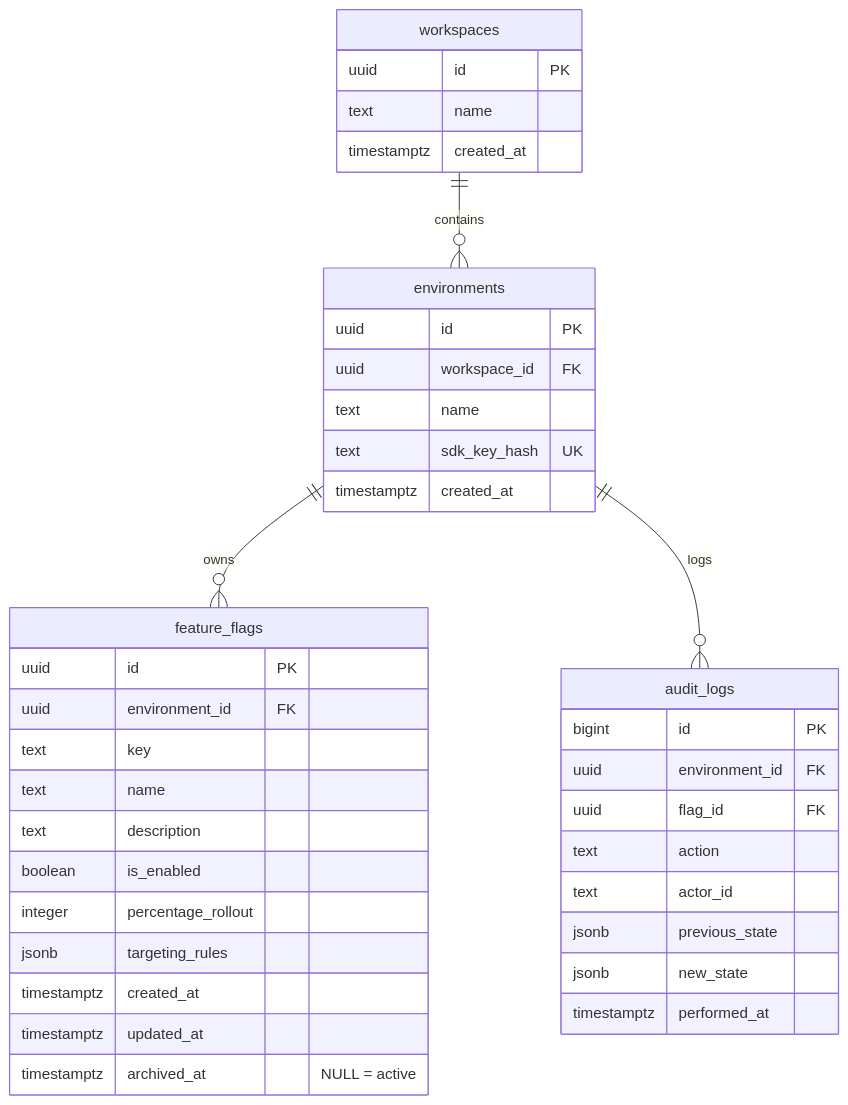
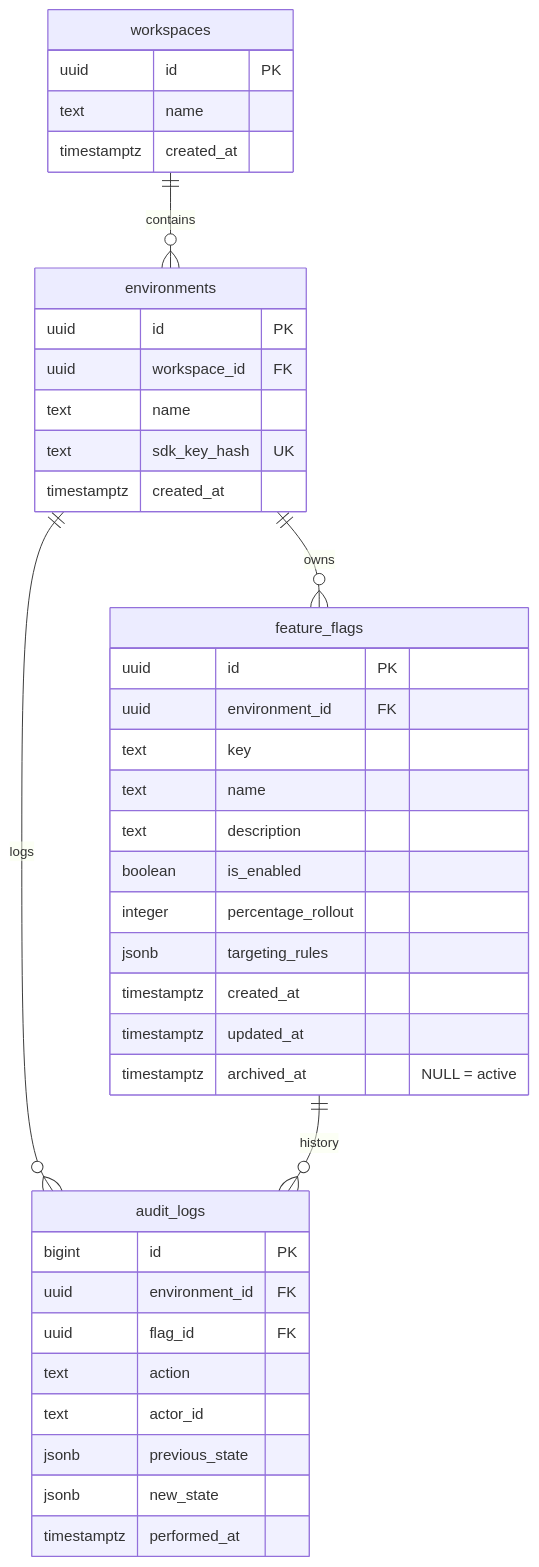
One commit to oleksandrdvukr/FlagForge changed the third of 3 diagrams in docs/01-srs.md. Above: the diagram before and after it, drawn with Mermaid. The commit also changed other lines of this file, not shown here.

````diff
--- a/docs/01-srs.md
+++ b/docs/01-srs.md
@@ -185,45 +185,46 @@
 ```mermaid
 erDiagram
   workspaces {
     uuid id PK
     text name
     timestamptz created_at
   }
 
   environments {
     uuid id PK
     uuid workspace_id FK
     text name
     text sdk_key_hash UK
     timestamptz created_at
   }
 
   feature_flags {
     uuid id PK
     uuid environment_id FK
     text key
     text name
     text description
     boolean is_enabled
     integer percentage_rollout
     jsonb targeting_rules
     timestamptz created_at
     timestamptz updated_at
     timestamptz archived_at "NULL = active"
   }
 
   audit_logs {
     bigint id PK
     uuid environment_id FK
     uuid flag_id FK
     text action
     text actor_id
     jsonb previous_state
     jsonb new_state
     timestamptz performed_at
   }
 
   workspaces ||--o{ environments : "contains"
   environments ||--o{ feature_flags : "owns"
   environments ||--o{ audit_logs : "logs"
+  feature_flags ||--o{ audit_logs : "history"
 ```
````
